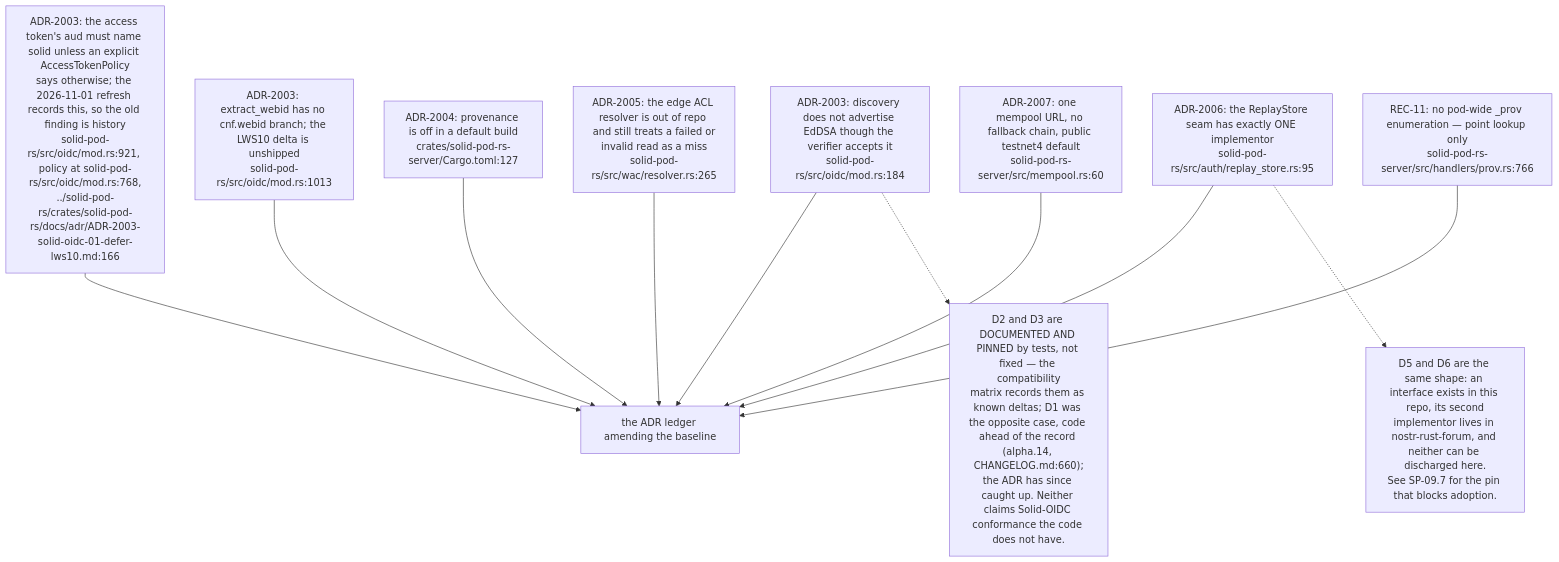
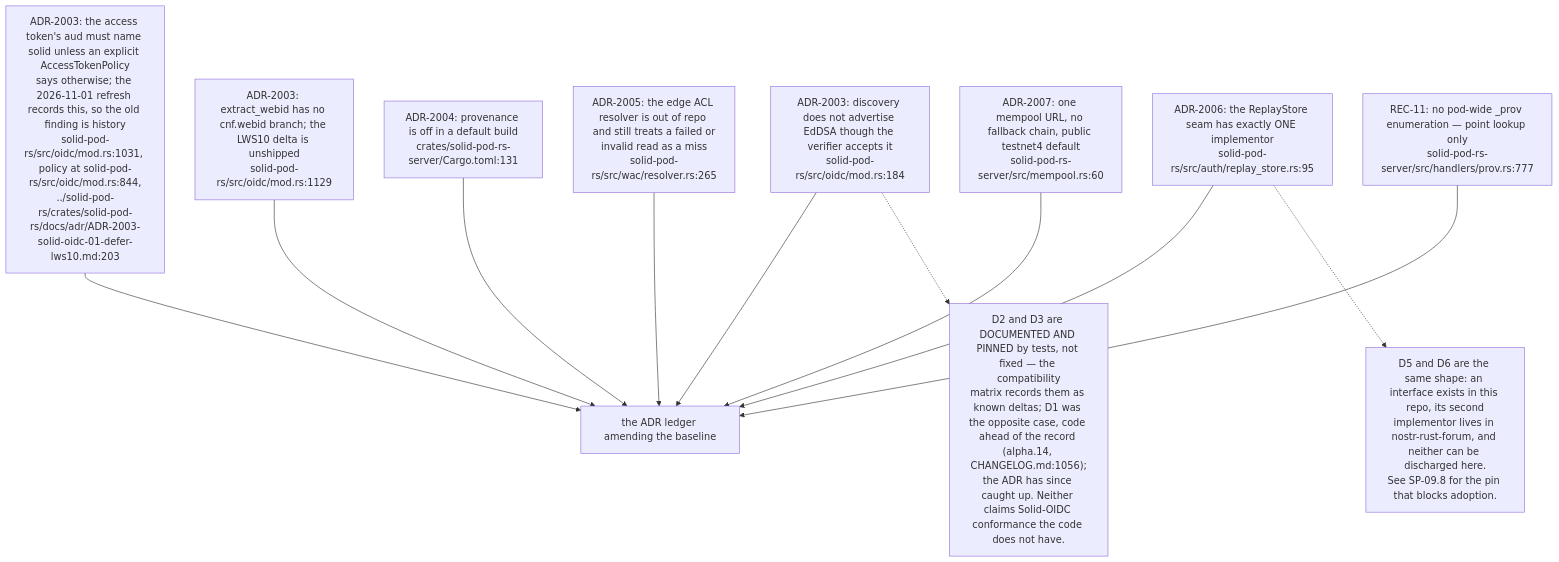
The sixth of 13 diagrams in docs/diagrams/solid-pod-rs/10-failure-modes-and-invariants.md (DreamLab-AI/VisionFlow), drawn with Mermaid before and after one commit. The commit also changed other lines of this file and 2 other files, not shown here.

First line of the commit message:
docs(diagrams): SP-07, SP-10, SP-15 re-verified at solid-pod-rs a28a748

````diff
--- a/docs/diagrams/solid-pod-rs/10-failure-modes-and-invariants.md
+++ b/docs/diagrams/solid-pod-rs/10-failure-modes-and-invariants.md
@@ -195,25 +202,25 @@
 ```mermaid
 flowchart TD
-    D1["ADR-2003: the access token's aud must name solid unless an explicit AccessTokenPolicy<br/>says otherwise; the 2026-11-01 refresh records this, so the old finding is history<br/>solid-pod-rs/src/oidc/mod.rs:921, policy at solid-pod-rs/src/oidc/mod.rs:768,<br/>../solid-pod-rs/crates/solid-pod-rs/docs/adr/ADR-2003-solid-oidc-01-defer-lws10.md:166"]
-    D2["ADR-2003: extract_webid has no cnf.webid branch; the LWS10 delta is unshipped<br/>solid-pod-rs/src/oidc/mod.rs:1013"]
+    D1["ADR-2003: the access token's aud must name solid unless an explicit AccessTokenPolicy<br/>says otherwise; the 2026-11-01 refresh records this, so the old finding is history<br/>solid-pod-rs/src/oidc/mod.rs:1031, policy at solid-pod-rs/src/oidc/mod.rs:844,<br/>../solid-pod-rs/crates/solid-pod-rs/docs/adr/ADR-2003-solid-oidc-01-defer-lws10.md:203"]
+    D2["ADR-2003: extract_webid has no cnf.webid branch; the LWS10 delta is unshipped<br/>solid-pod-rs/src/oidc/mod.rs:1129"]
     D3["ADR-2003: discovery does not advertise EdDSA though the verifier accepts it<br/>solid-pod-rs/src/oidc/mod.rs:184"]
-    D4["ADR-2004: provenance is off in a default build<br/>crates/solid-pod-rs-server/Cargo.toml:127"]
+    D4["ADR-2004: provenance is off in a default build<br/>crates/solid-pod-rs-server/Cargo.toml:131"]
     D5["ADR-2005: the edge ACL resolver is out of repo and still treats a failed or<br/>invalid read as a miss<br/>solid-pod-rs/src/wac/resolver.rs:265"]
     D6["ADR-2006: the ReplayStore seam has exactly ONE implementor<br/>solid-pod-rs/src/auth/replay_store.rs:95"]
     D7["ADR-2007: one mempool URL, no fallback chain, public testnet4 default<br/>solid-pod-rs-server/src/mempool.rs:60"]
-    D8["REC-11: no pod-wide _prov enumeration — point lookup only<br/>solid-pod-rs-server/src/handlers/prov.rs:766"]
+    D8["REC-11: no pod-wide _prov enumeration — point lookup only<br/>solid-pod-rs-server/src/handlers/prov.rs:777"]
 
     D1 --> LEDGER["the ADR ledger amending the baseline"]
     D2 --> LEDGER
     D3 --> LEDGER
     D4 --> LEDGER
     D5 --> LEDGER
     D6 --> LEDGER
     D7 --> LEDGER
     D8 --> LEDGER
 
-    N["D2 and D3 are DOCUMENTED AND PINNED by tests, not fixed — the compatibility<br/>matrix records them as known deltas; D1 was the opposite case, code ahead of the record (alpha.14, CHANGELOG.md:660);<br/>the ADR has since caught up. Neither claims Solid-OIDC conformance the code does not have."]
+    N["D2 and D3 are DOCUMENTED AND PINNED by tests, not fixed — the compatibility<br/>matrix records them as known deltas; D1 was the opposite case, code ahead of the record (alpha.14, CHANGELOG.md:1056);<br/>the ADR has since caught up. Neither claims Solid-OIDC conformance the code does not have."]
     D3 -.-> N
-    N2["D5 and D6 are the same shape: an interface exists in this repo, its second<br/>implementor lives in nostr-rust-forum, and neither can be discharged here.<br/>See SP-09.7 for the pin that blocks adoption."]
+    N2["D5 and D6 are the same shape: an interface exists in this repo, its second<br/>implementor lives in nostr-rust-forum, and neither can be discharged here.<br/>See SP-09.8 for the pin that blocks adoption."]
     D6 -.-> N2
 ```
````
